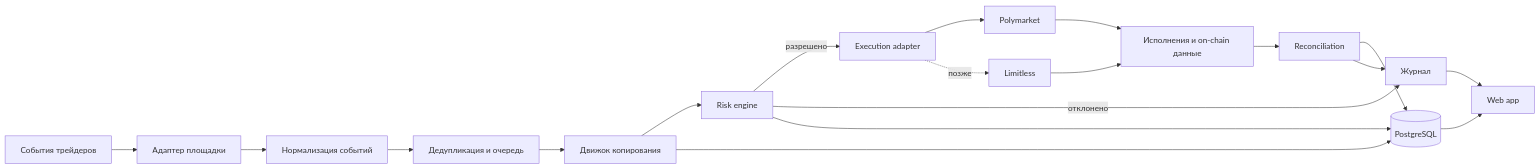
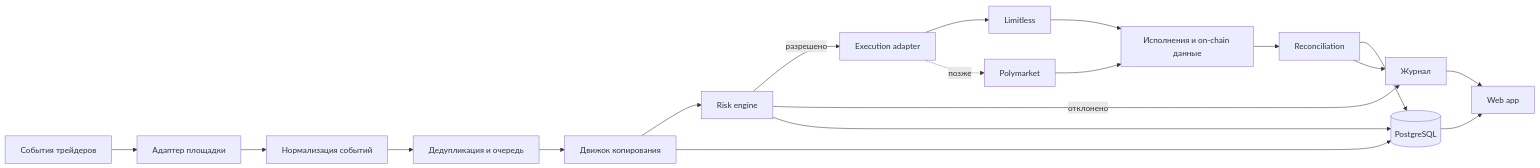
Before and after one commit to denius89/polymarket-copy-trading: the diagram in docs/02_technical_concept.md, drawn with Mermaid. The commit also changed other lines of this file and 20 other files, not shown here.

````diff
--- a/docs/02_technical_concept.md
+++ b/docs/02_technical_concept.md
@@ -27,21 +27,21 @@
 ```mermaid
 flowchart LR
     A[События трейдеров] --> B[Адаптер площадки]
     B --> C[Нормализация событий]
     C --> D[Дедупликация и очередь]
     D --> E[Движок копирования]
     E --> F[Risk engine]
     F -->|разрешено| G[Execution adapter]
     F -->|отклонено| J[Журнал]
-    G --> H[Polymarket]
-    G -. позже .-> I[Limitless]
+    G --> H[Limitless]
+    G -. позже .-> I[Polymarket]
     H --> K[Исполнения и on-chain данные]
     I --> K
     K --> L[Reconciliation]
     L --> M[(PostgreSQL)]
     E --> M
     F --> M
     L --> J
     M --> N[Web app]
     J --> N
 ```
````
